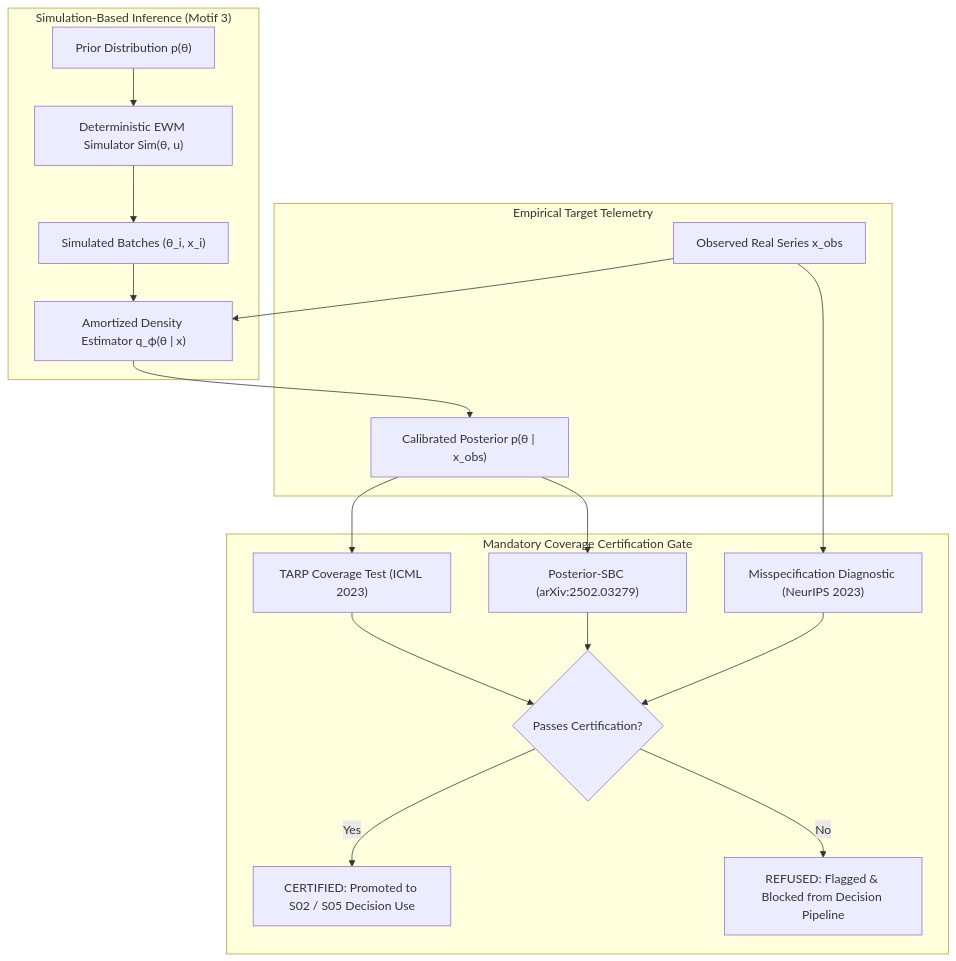
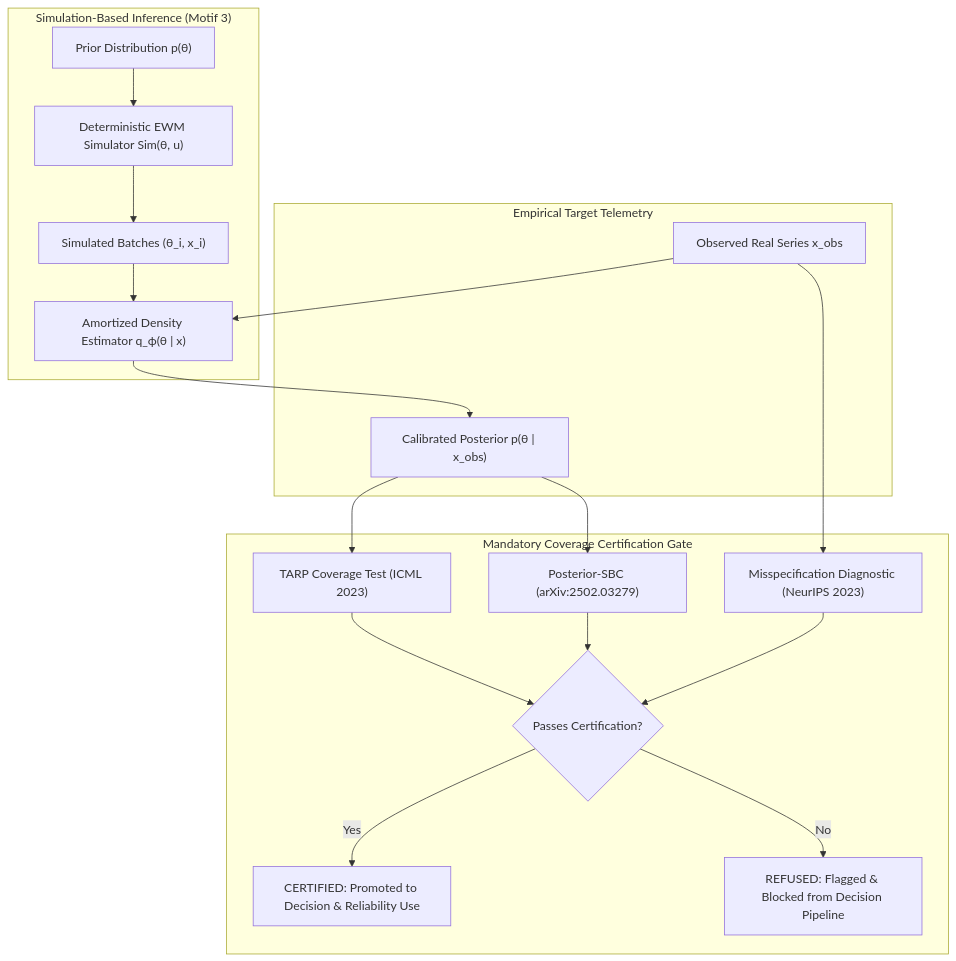
Before and after one commit to vfcarida/Enterprise-World-Model-Engine: the diagram in docs/concepts/calibration.md, drawn with Mermaid. The commit also changed other lines of this file and 59 other files, not shown here.

````diff
--- a/docs/concepts/calibration.md
+++ b/docs/concepts/calibration.md
@@ -22,26 +22,26 @@
 ```mermaid
 flowchart TD
     subgraph SBI ["Simulation-Based Inference (Motif 3)"]
         Prior["Prior Distribution p(θ)"] --> Sim["Deterministic EWM Simulator Sim(θ, u)"]
         Sim --> Pairs["Simulated Batches (θ_i, x_i)"]
         Pairs --> Amortizer["Amortized Density Estimator q_ϕ(θ | x)"]
     end
 
     subgraph Target ["Empirical Target Telemetry"]
         Obs["Observed Real Series x_obs"] --> Amortizer
         Amortizer --> Post["Calibrated Posterior p(θ | x_obs)"]
     end
 
     subgraph Certification ["Mandatory Coverage Certification Gate"]
         Post --> TARP["TARP Coverage Test (ICML 2023)"]
         Post --> SBC["Posterior-SBC (arXiv:2502.03279)"]
         Obs --> Misspec["Misspecification Diagnostic (NeurIPS 2023)"]
         
         TARP --> Gate{"Passes Certification?"}
         SBC --> Gate
         Misspec --> Gate
         
-        Gate -->|Yes| Certified["CERTIFIED: Promoted to S02 / S05 Decision Use"]
+        Gate -->|Yes| Certified["CERTIFIED: Promoted to Decision & Reliability Use"]
         Gate -->|No| Refused["REFUSED: Flagged & Blocked from Decision Pipeline"]
     end
 ```
````
